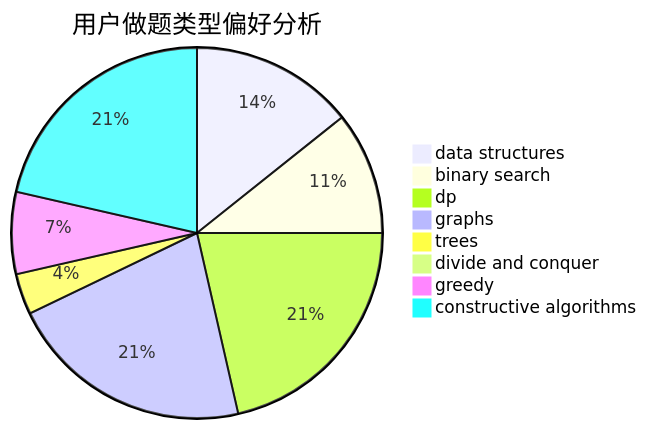
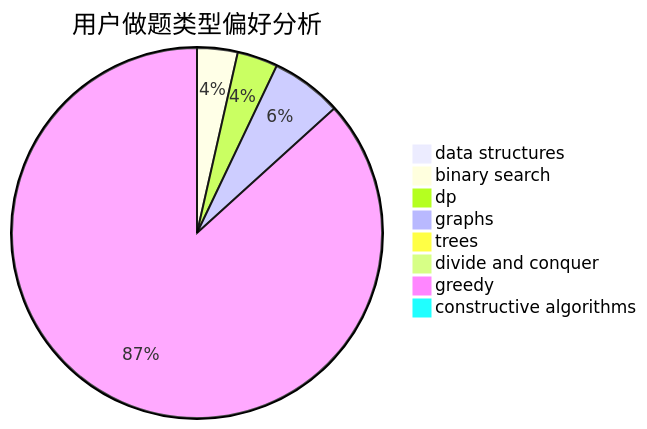
The second of 3 diagrams in docs/user/u481.md (sherpahu/cfrs.github.io), drawn with Mermaid before and after one commit. The commit also changed other lines of this file and 2770 other files, not shown here.

````diff
--- a/docs/user/u481.md
+++ b/docs/user/u481.md
@@ -23,11 +23,11 @@
 ```mermaid
 pie title 用户做题类型偏好分析
-    "data structures" :  4
-    "binary search" :  3
-    "dp" :  6
-    "graphs" :  6
-    "trees" :  1
+    "data structures" :  0
+    "binary search" :  4
+    "dp" :  4
+    "graphs" :  7
+    "trees" :  0
     "divide and conquer" :  0
-    "greedy" :  2
-    "constructive algorithms" :  6
+    "greedy" :  98
+    "constructive algorithms" :  0
 ```
````
